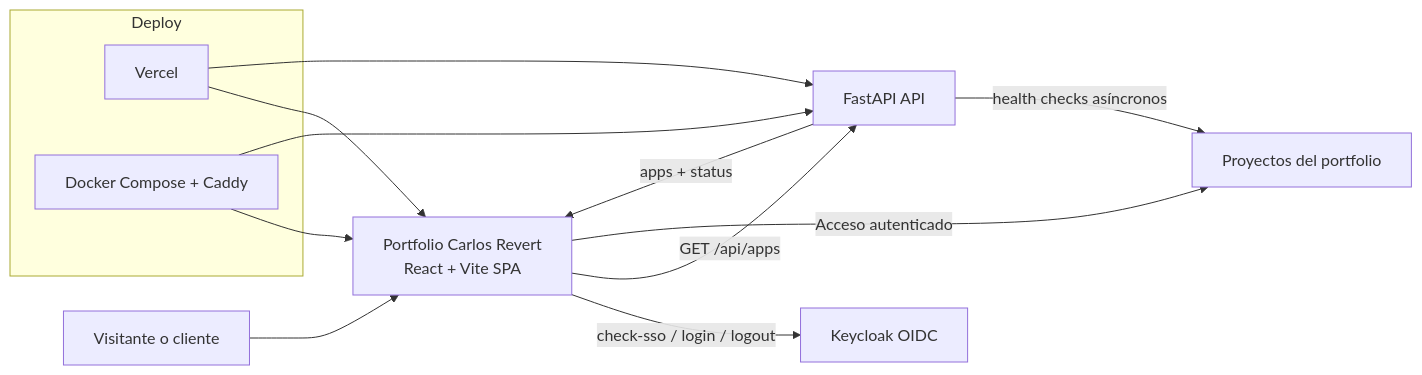
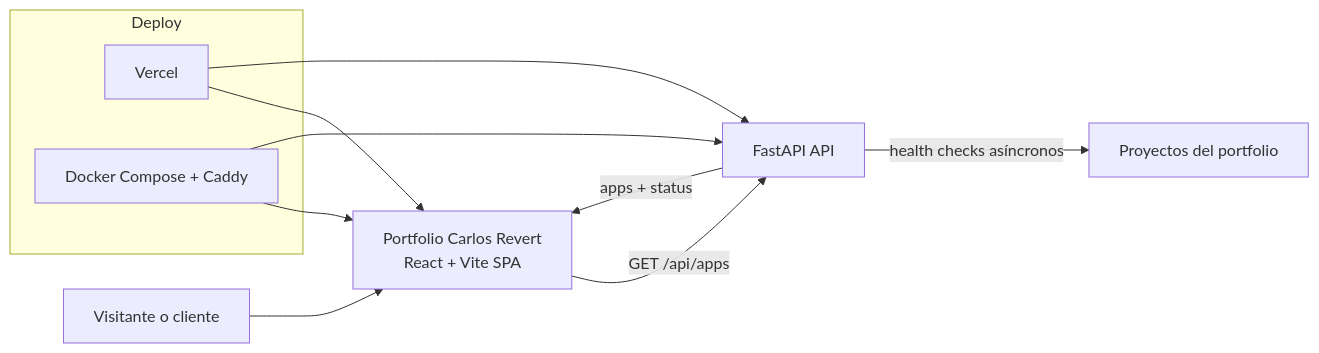
Before and after one commit to RevertDeveloper/HOME: the diagram in README.md, drawn with Mermaid. The commit also changed other lines of this file and 20 other files, not shown here.

````diff
--- a/README.md
+++ b/README.md
@@ -96,19 +90,17 @@
 ```mermaid
 flowchart LR
 		U[Visitante o cliente] --> W[Portfolio Carlos Revert<br/>React + Vite SPA]
-		W -->|check-sso / login / logout| K[Keycloak OIDC]
 		W -->|GET /api/apps| A[FastAPI API]
 		A -->|health checks asíncronos| P[Proyectos del portfolio]
 		A -->|apps + status| W
-		W -->|Acceso autenticado| P
 
 		subgraph Deploy
 			V[Vercel]
 			D[Docker Compose + Caddy]
 		end
 
 		V --> W
 		V --> A
 		D --> W
 		D --> A
 ```
````
